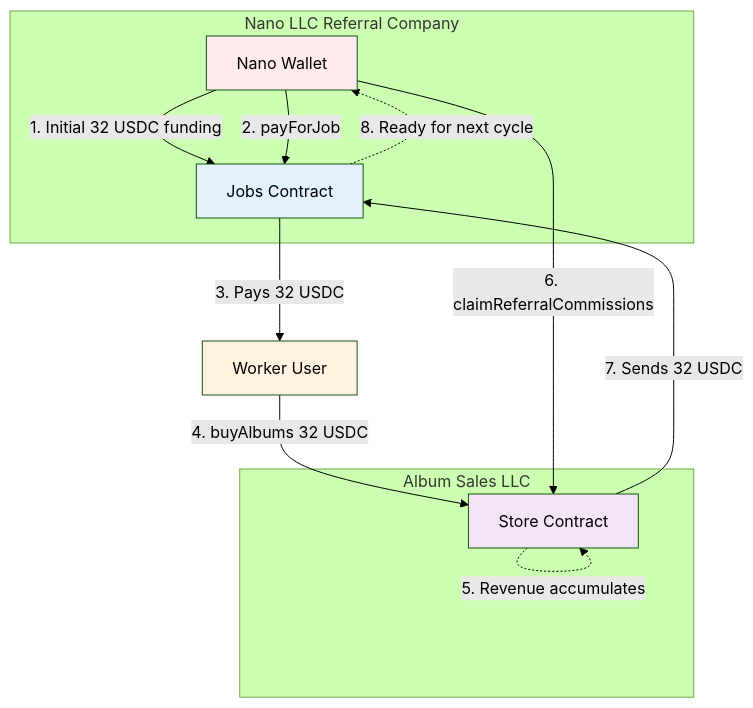
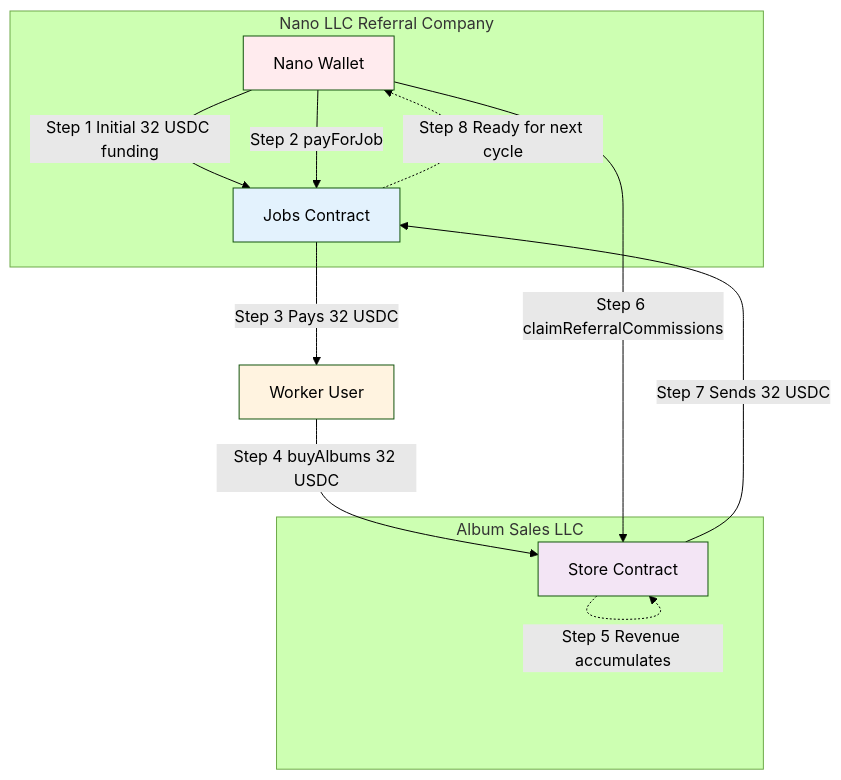
The diagram in SIMPLE_FLOW.md (rowhq/hitmachine), drawn with Mermaid (forest theme) before and after one commit.

Commit message:
fix: Remove numbered list syntax from Mermaid edge labels
GitHub Mermaid interprets '1.' as markdown list syntax even in edge labels.
Changed to 'Step 1' format to avoid the parser issue.

````diff
--- a/SIMPLE_FLOW.md
+++ b/SIMPLE_FLOW.md
@@ -19,27 +19,27 @@
 ```mermaid
 flowchart TB
     subgraph NanoCompany[Nano LLC Referral Company]
         NanoWallet[Nano Wallet]
         JobsContract[Jobs Contract]
     end
     
     subgraph AlbumCompany[Album Sales LLC]
         StoreContract[Store Contract]
     end
     
     Worker[Worker User]
     
-    NanoWallet -->|1. Initial 32 USDC funding| JobsContract
-    NanoWallet -->|2. payForJob| JobsContract
-    JobsContract -->|3. Pays 32 USDC| Worker
-    Worker -->|4. buyAlbums 32 USDC| StoreContract
-    StoreContract -.->|5. Revenue accumulates| StoreContract
-    NanoWallet -->|6. claimReferralCommissions| StoreContract
-    StoreContract -->|7. Sends 32 USDC| JobsContract
-    JobsContract -.->|8. Ready for next cycle| NanoWallet
+    NanoWallet -->|Step 1 Initial 32 USDC funding| JobsContract
+    NanoWallet -->|Step 2 payForJob| JobsContract
+    JobsContract -->|Step 3 Pays 32 USDC| Worker
+    Worker -->|Step 4 buyAlbums 32 USDC| StoreContract
+    StoreContract -.->|Step 5 Revenue accumulates| StoreContract
+    NanoWallet -->|Step 6 claimReferralCommissions| StoreContract
+    StoreContract -->|Step 7 Sends 32 USDC| JobsContract
+    JobsContract -.->|Step 8 Ready for next cycle| NanoWallet
     
     style NanoWallet fill:#ffebee
     style JobsContract fill:#e3f2fd
     style Worker fill:#fff3e0
     style StoreContract fill:#f3e5f5
 ```
````
